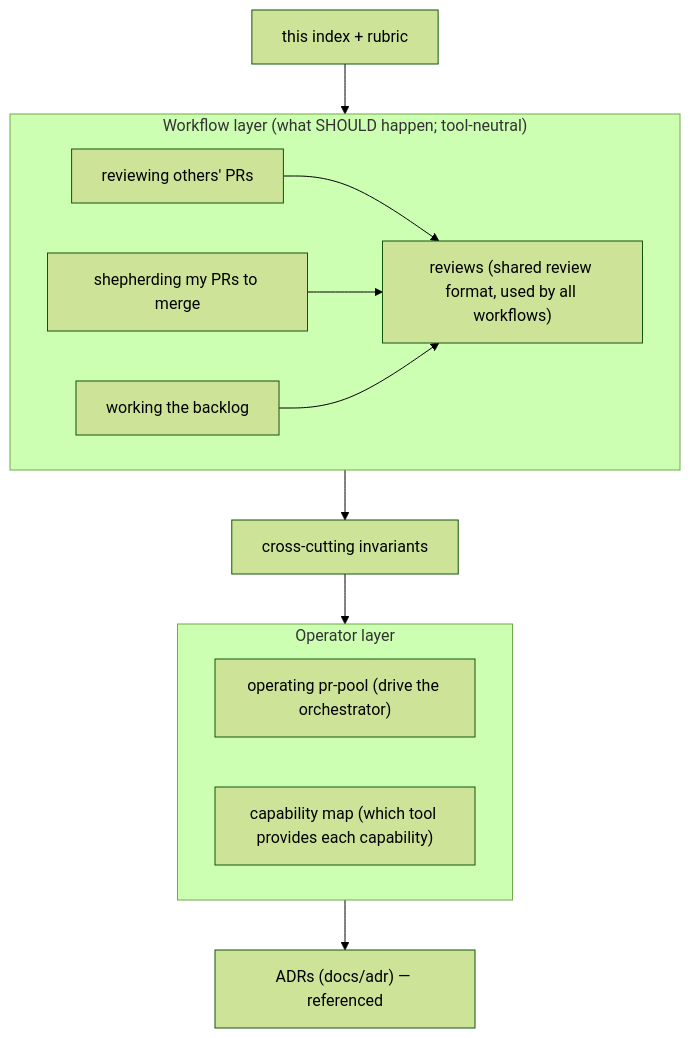
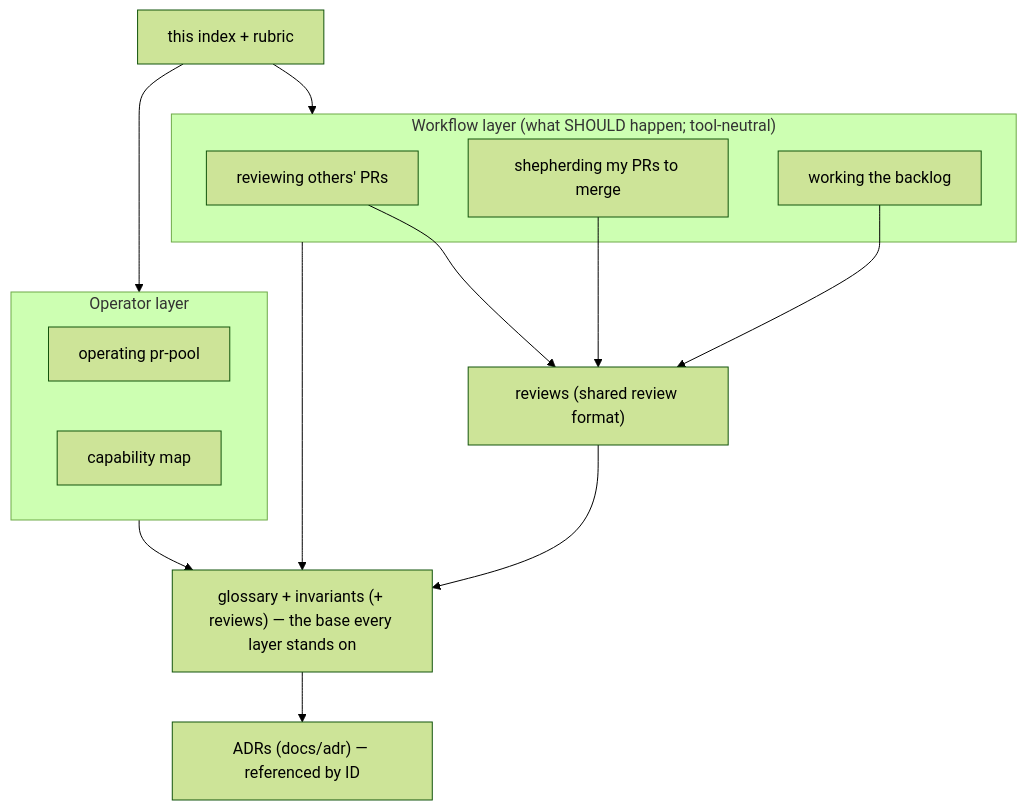
Before and after one commit to phillipgreenii/nix-agent-support: the diagram in docs/behavior/README.md, drawn with Mermaid (forest theme). The commit also changed other lines of this file and 8 other files, not shown here.

First line of the commit message:
docs(behavior): apply review-round-1 + new decisions (IDs, glossary, security/claim/failure invariants, situational merge, NEEDS ME)

````diff
--- a/docs/behavior/README.md
+++ b/docs/behavior/README.md
@@ -38,20 +64,25 @@
 ```mermaid
 flowchart TD
     idx["this index + rubric"]
     subgraph wf["Workflow layer (what SHOULD happen; tool-neutral)"]
       w1["reviewing others' PRs"]
       w2["shepherding my PRs to merge"]
       w3["working the backlog"]
-      rev["reviews (shared review format, used by all workflows)"]
     end
+    rev["reviews (shared review format)"]
+    subgraph op["Operator layer"]
+      o1["operating pr-pool"]
+      o2["capability map"]
+    end
+    base["glossary + invariants (+ reviews) — the base every layer stands on"]
+
     w1 --> rev
     w2 --> rev
     w3 --> rev
-    inv["cross-cutting invariants"]
-    subgraph op["Operator layer"]
-      o1["operating pr-pool (drive the orchestrator)"]
-      o2["capability map (which tool provides each capability)"]
-    end
-    adr["ADRs (docs/adr) — referenced"]
-    idx --> wf --> inv --> op --> adr
+    idx --> wf
+    idx --> op
+    wf --> base
+    op --> base
+    rev --> base
+    base --> adr["ADRs (docs/adr) — referenced by ID"]
 ```
````
